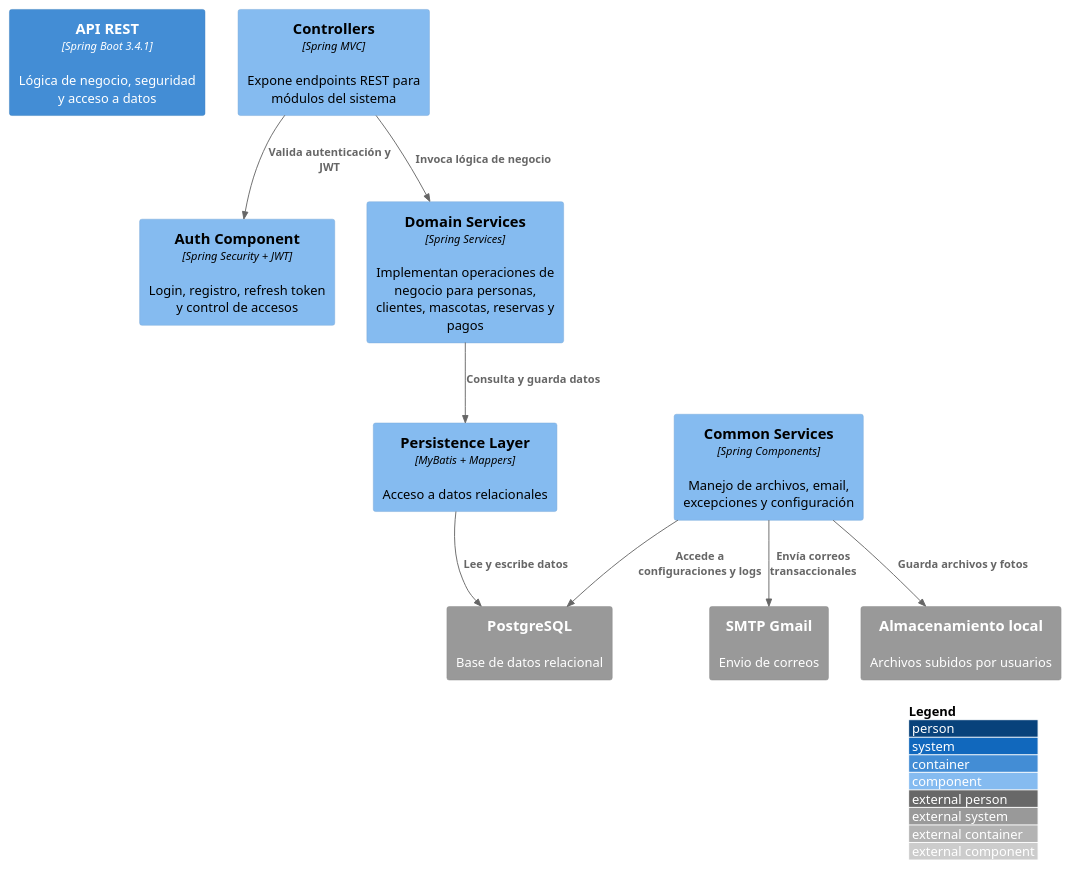
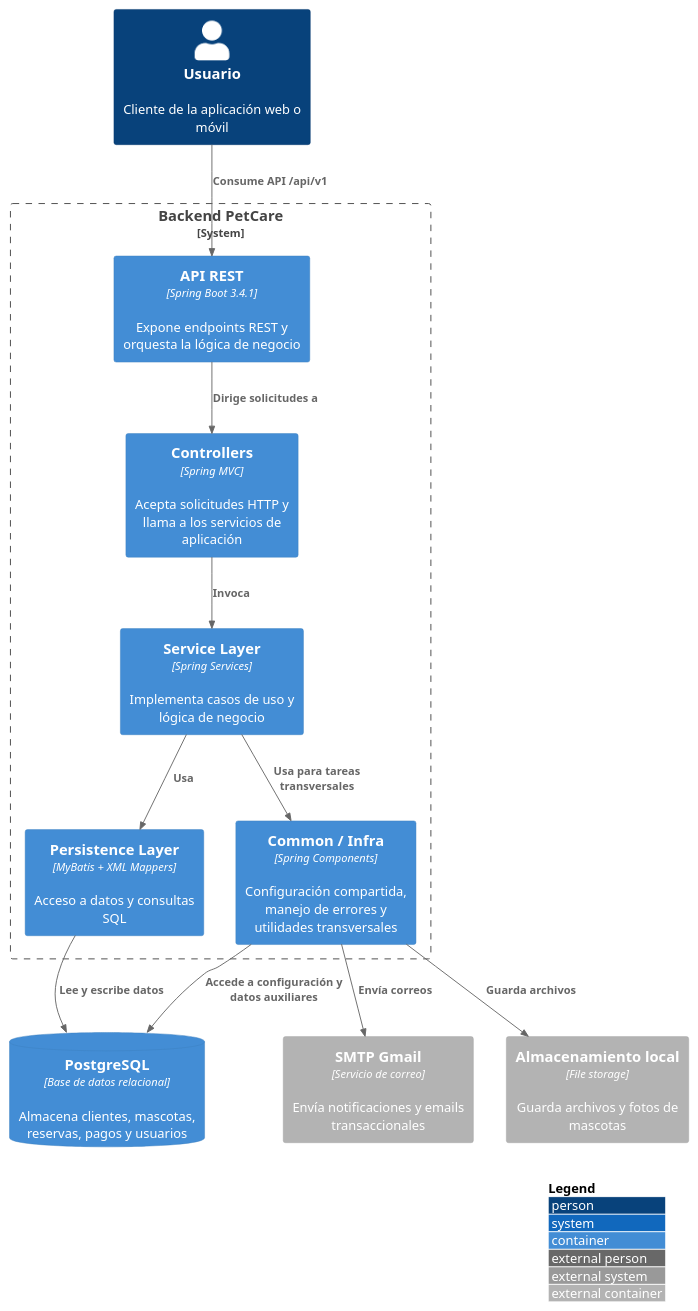
The diagram in diagramas/3-componentes-backend.puml (rolyjuarez/PetCare), drawn with PlantUML before and after one commit. The commit also changed 467 other files, not shown here.

```diff
--- a/diagramas/3-componentes-backend.puml
+++ b/diagramas/3-componentes-backend.puml
@@ -1,24 +1,28 @@
 @startuml
-!includeurl https://raw.githubusercontent.com/plantuml-stdlib/C4-PlantUML/master/C4_Component.puml
+!includeurl https://raw.githubusercontent.com/plantuml-stdlib/C4-PlantUML/master/C4_Container.puml
 LAYOUT_WITH_LEGEND()
 
-Container(api, "API REST", "Spring Boot 3.4.1", "Lógica de negocio, seguridad y acceso a datos")
+Person(user, "Usuario", "Cliente de la aplicación web o móvil")
 
-Component(controller_component, "Controllers", "Spring MVC", "Expone endpoints REST para módulos del sistema")
-Component(auth_component, "Auth Component", "Spring Security + JWT", "Login, registro, refresh token y control de accesos")
-Component(service_component, "Domain Services", "Spring Services", "Implementan operaciones de negocio para personas, clientes, mascotas, reservas y pagos")
-Component(common_component, "Common Services", "Spring Components", "Manejo de archivos, email, excepciones y configuración")
-Component(persistence_component, "Persistence Layer", "MyBatis + Mappers", "Acceso a datos relacionales")
+System_Boundary(api_boundary, "Backend PetCare") {
+    Container(api, "API REST", "Spring Boot 3.4.1", "Expone endpoints REST y orquesta la lógica de negocio")
+    Container(controllers, "Controllers", "Spring MVC", "Acepta solicitudes HTTP y llama a los servicios de aplicación")
+    Container(services, "Service Layer", "Spring Services", "Implementa casos de uso y lógica de negocio")
+    Container(repositories, "Persistence Layer", "MyBatis + XML Mappers", "Acceso a datos y consultas SQL")
+    Container(common, "Common / Infra", "Spring Components", "Configuración compartida, manejo de errores y utilidades transversales")
+}
 
-System_Ext(db, "PostgreSQL", "Base de datos relacional")
-System_Ext(email, "SMTP Gmail", "Envio de correos")
-System_Ext(storage, "Almacenamiento local", "Archivos subidos por usuarios")
+ContainerDb(db, "PostgreSQL", "Base de datos relacional", "Almacena clientes, mascotas, reservas, pagos y usuarios")
+Container_Ext(email, "SMTP Gmail", "Servicio de correo", "Envía notificaciones y emails transaccionales")
+Container_Ext(storage, "Almacenamiento local", "File storage", "Guarda archivos y fotos de mascotas")
 
-Rel(controller_component, auth_component, "Valida autenticación y JWT")
-Rel(controller_component, service_component, "Invoca lógica de negocio")
-Rel(service_component, persistence_component, "Consulta y guarda datos")
-Rel(common_component, db, "Accede a configuraciones y logs")
-Rel(common_component, storage, "Guarda archivos y fotos")
-Rel(common_component, email, "Envía correos transaccionales")
-Rel(persistence_component, db, "Lee y escribe datos")
+Rel(user, api, "Consume API /api/v1")
+Rel(api, controllers, "Dirige solicitudes a")
+Rel(controllers, services, "Invoca")
+Rel(services, repositories, "Usa")
+Rel(services, common, "Usa para tareas transversales")
+Rel(repositories, db, "Lee y escribe datos")
+Rel(common, db, "Accede a configuración y datos auxiliares")
+Rel(common, storage, "Guarda archivos")
+Rel(common, email, "Envía correos")
 @enduml
```
